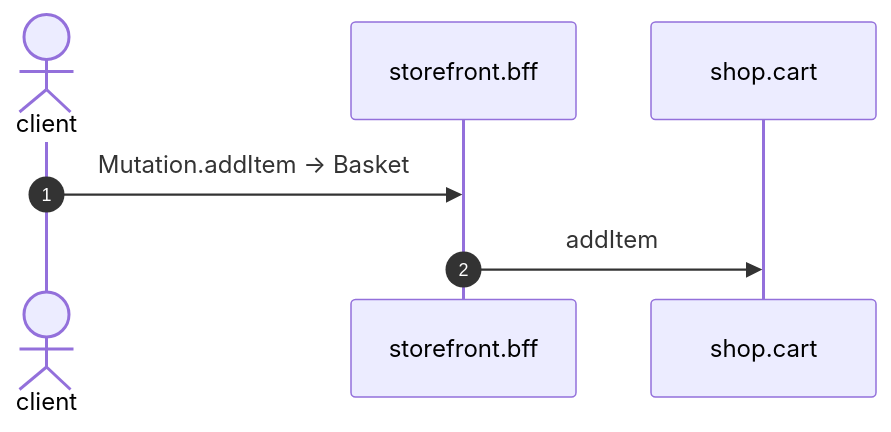
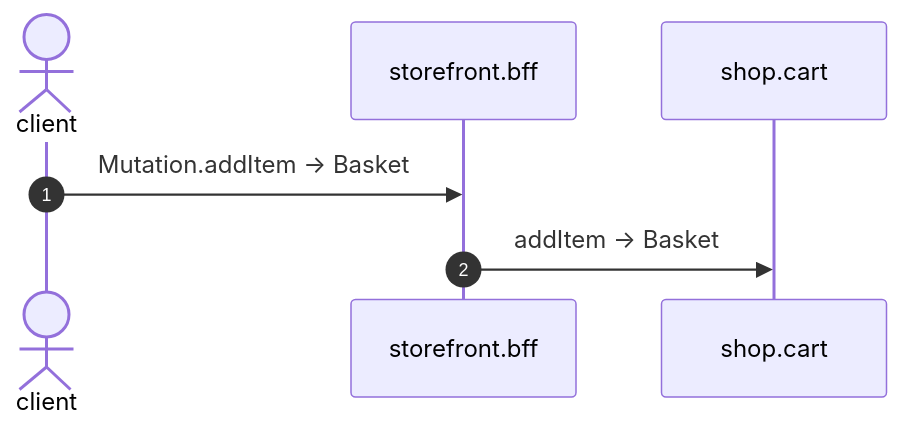
One commit to shortlink-org/portolan changed the diagram in docs/example/flows/bff-mutation-add-item.md. Above: the diagram before and after it, drawn with Mermaid. The commit also changed other lines of this file and 47 other files, not shown here.

````diff
--- a/docs/example/flows/bff-mutation-add-item.md
+++ b/docs/example/flows/bff-mutation-add-item.md
@@ -21,9 +21,9 @@
 ```mermaid
 sequenceDiagram
     autonumber
     actor p0 as client
     participant p1 as storefront.bff
     participant p2 as shop.cart
     p0->>p1: Mutation.addItem → Basket
-    p1->>p2: addItem
+    p1->>p2: addItem → Basket
 ```
````
